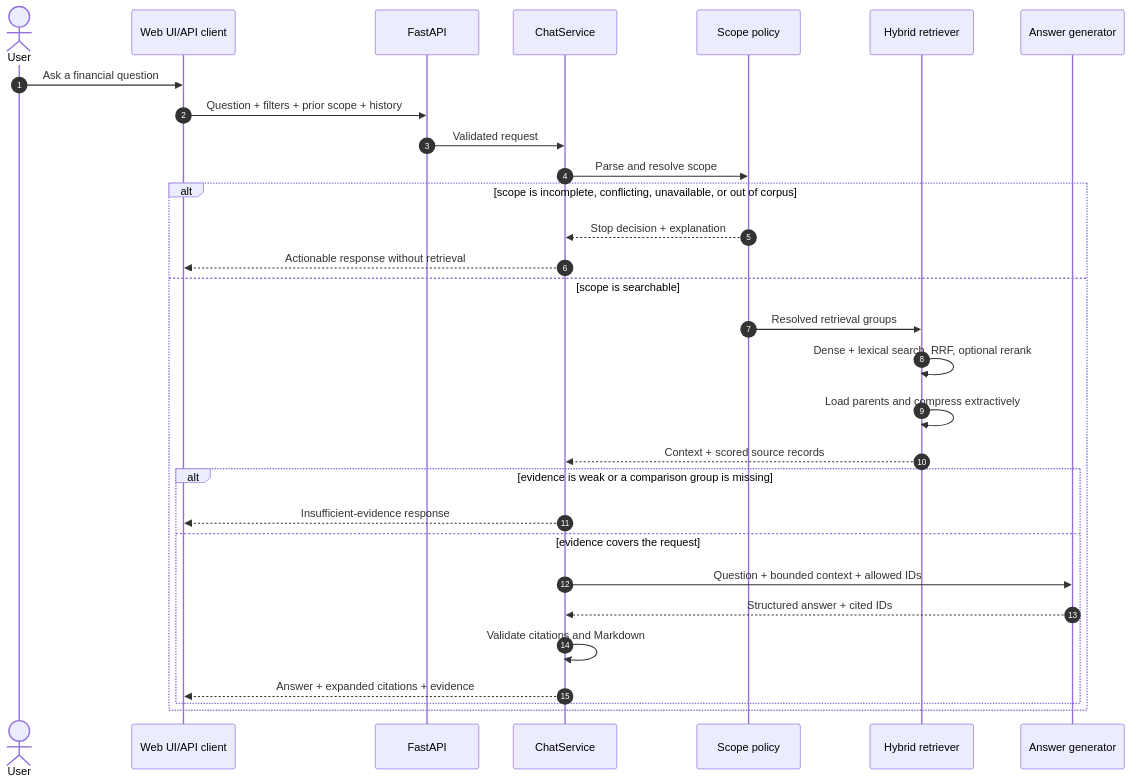
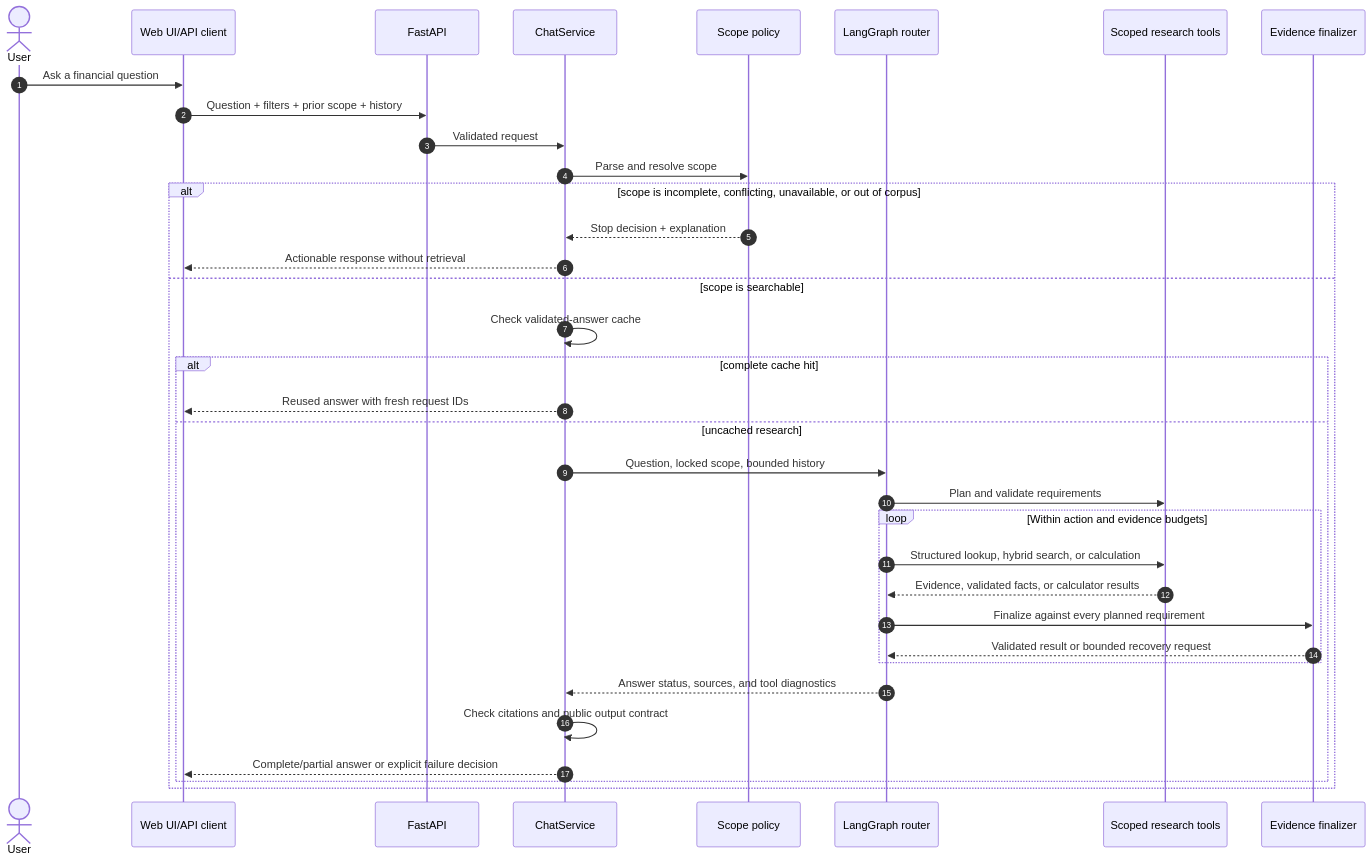
The third of 3 diagrams in finrag/README.md (Maniyar07/FinRAG), drawn with Mermaid before and after one commit. The commit also changed other lines of this file and 9 other files, not shown here.

````diff
--- a/finrag/README.md
+++ b/finrag/README.md
@@ -260,33 +291,38 @@
 ```mermaid
 sequenceDiagram
     autonumber
     actor User
     participant UI as Web UI/API client
     participant API as FastAPI
     participant Chat as ChatService
     participant Policy as Scope policy
-    participant Search as Hybrid retriever
-    participant Model as Answer generator
+    participant Graph as LangGraph router
+    participant Tools as Scoped research tools
+    participant Final as Evidence finalizer
 
     User->>UI: Ask a financial question
     UI->>API: Question + filters + prior scope + history
     API->>Chat: Validated request
     Chat->>Policy: Parse and resolve scope
     alt scope is incomplete, conflicting, unavailable, or out of corpus
         Policy-->>Chat: Stop decision + explanation
         Chat-->>UI: Actionable response without retrieval
     else scope is searchable
-        Policy->>Search: Resolved retrieval groups
-        Search->>Search: Dense + lexical search, RRF, optional rerank
-        Search->>Search: Load parents and compress extractively
-        Search-->>Chat: Context + scored source records
-        alt evidence is weak or a comparison group is missing
-            Chat-->>UI: Insufficient-evidence response
-        else evidence covers the request
-            Chat->>Model: Question + bounded context + allowed IDs
-            Model-->>Chat: Structured answer + cited IDs
-            Chat->>Chat: Validate citations and Markdown
-            Chat-->>UI: Answer + expanded citations + evidence
+        Chat->>Chat: Check validated-answer cache
+        alt complete cache hit
+            Chat-->>UI: Reused answer with fresh request IDs
+        else uncached research
+            Chat->>Graph: Question, locked scope, bounded history
+            Graph->>Tools: Plan and validate requirements
+            loop Within action and evidence budgets
+                Graph->>Tools: Structured lookup, hybrid search, or calculation
+                Tools-->>Graph: Evidence, validated facts, or calculator results
+                Graph->>Final: Finalize against every planned requirement
+                Final-->>Graph: Validated result or bounded recovery request
+            end
+            Graph-->>Chat: Answer status, sources, and tool diagnostics
+            Chat->>Chat: Check citations and public output contract
+            Chat-->>UI: Complete/partial answer or explicit failure decision
         end
     end
 ```
````
